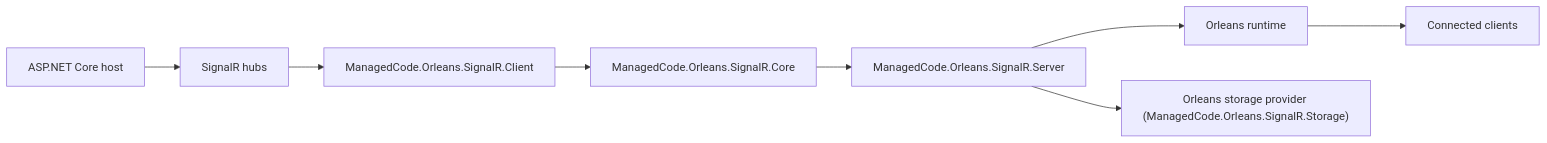
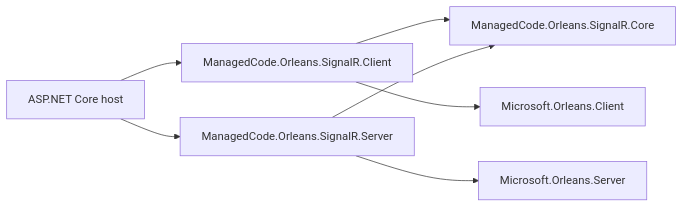
Before and after one commit to managedcode/Orleans.SignalR: the first of 3 diagrams in docs/Architecture/Overview.md, drawn with Mermaid. The commit also changed other lines of this file and 43 other files, not shown here.

````diff
--- a/docs/Architecture/Overview.md
+++ b/docs/Architecture/Overview.md
@@ -25,19 +25,16 @@
 ```mermaid
 flowchart LR
   Host["ASP.NET Core host"]
-  Hub["SignalR hubs"]
   ClientExt["ManagedCode.Orleans.SignalR.Client"]
   Core["ManagedCode.Orleans.SignalR.Core"]
   Server["ManagedCode.Orleans.SignalR.Server"]
-  Orleans["Orleans runtime"]
-  Storage["Orleans storage provider (ManagedCode.Orleans.SignalR.Storage)"]
-  Clients["Connected clients"]
+  OrleansClient["Microsoft.Orleans.Client"]
+  OrleansServer["Microsoft.Orleans.Server"]
 
-  Host --> Hub
-  Hub --> ClientExt
+  Host --> ClientExt
+  Host --> Server
   ClientExt --> Core
-  Core --> Server
-  Server --> Orleans
-  Server --> Storage
-  Orleans --> Clients
+  ClientExt --> OrleansClient
+  Server --> Core
+  Server --> OrleansServer
 ```
````
